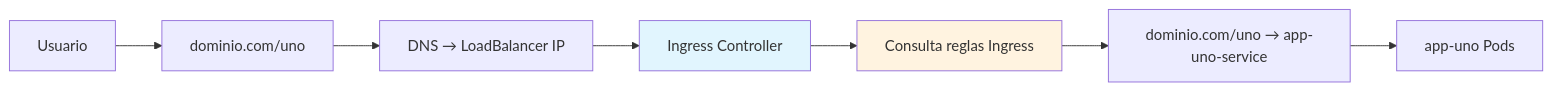
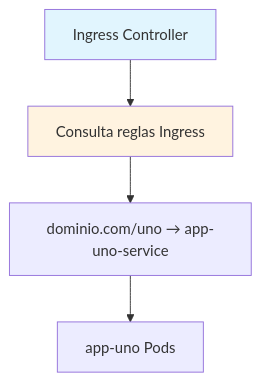
Before and after one commit to map0logo/curso-docker-k8s: the eighth of 17 diagrams in slides/08-ingress-jobs-k8s.qmd, drawn with Mermaid. The commit also changed other lines of this file, not shown here.

````diff
--- a/slides/08-ingress-jobs-k8s.qmd
+++ b/slides/08-ingress-jobs-k8s.qmd
@@ -306,12 +322,9 @@
 ```{mermaid}
-graph LR
-    A[Usuario] --> B[dominio.com/uno]
-    B --> C[DNS → LoadBalancer IP]
-    C --> D[Ingress Controller]
-    D --> E[Consulta reglas Ingress]
+graph TB
+    D[Ingress Controller] --> E[Consulta reglas Ingress]
     E --> F[dominio.com/uno → app-uno-service]
     F --> G[app-uno Pods]
     
     style D fill:#e1f5fe
     style E fill:#fff3e0
 ```
````
